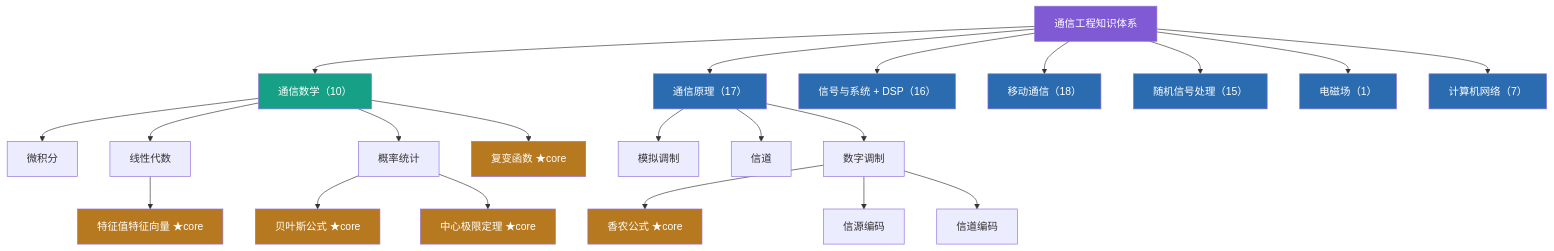
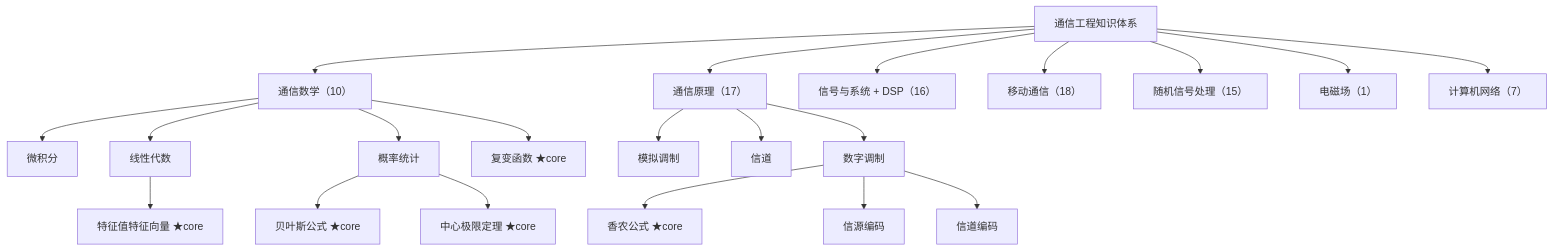
One commit to Baixiaodou/comm-knowledge-graph changed the fourth of 12 diagrams in README.md. Above: the diagram before and after it, drawn with Mermaid. The commit also changed other lines of this file, not shown here.

Commit message:
docs: 重组 README 结构（目录置顶、快速开始前移、重复章节合并、大图收进折叠块）

````diff
--- a/README.md
+++ b/README.md
@@ -271,39 +241,25 @@
 ```mermaid
 flowchart TB
     ROOT[通信工程知识体系] --> MATH[通信数学（10）]
     ROOT --> COMM[通信原理（17）]
     ROOT --> DSP[信号与系统 + DSP（16）]
     ROOT --> MOB[移动通信（18）]
     ROOT --> RSP[随机信号处理（15）]
     ROOT --> EMF[电磁场（1）]
     ROOT --> NET[计算机网络（7）]
 
     MATH --> M1[微积分]
     MATH --> M2[线性代数]
     M2 --> M21[特征值特征向量 ★core]
     MATH --> M3[概率统计]
     M3 --> M31[贝叶斯公式 ★core]
     M3 --> M32[中心极限定理 ★core]
     MATH --> M4[复变函数 ★core]
 
     COMM --> C1[模拟调制]
     COMM --> C2[信道]
     COMM --> C3[数字调制]
     C3 --> C31[香农公式 ★core]
     C3 --> C32[信源编码]
     C3 --> C33[信道编码]
-
-    style ROOT fill:#805ad5,color:#fff
-    style MATH fill:#16a085,color:#fff
-    style COMM fill:#2b6cb0,color:#fff
-    style DSP fill:#2b6cb0,color:#fff
-    style MOB fill:#2b6cb0,color:#fff
-    style RSP fill:#2b6cb0,color:#fff
-    style EMF fill:#2b6cb0,color:#fff
-    style NET fill:#2b6cb0,color:#fff
-    style M21 fill:#b7791f,color:#fff
-    style M31 fill:#b7791f,color:#fff
-    style M32 fill:#b7791f,color:#fff
-    style M4 fill:#b7791f,color:#fff
-    style C31 fill:#b7791f,color:#fff
 ```
````
